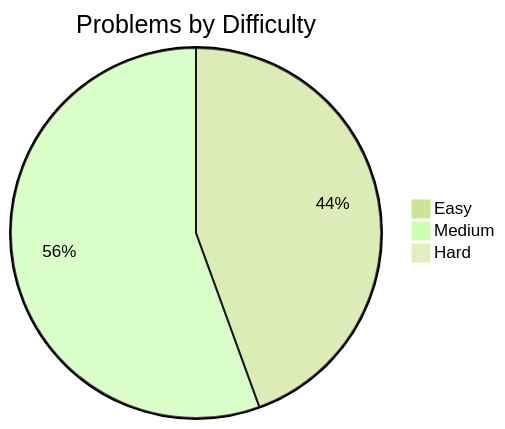
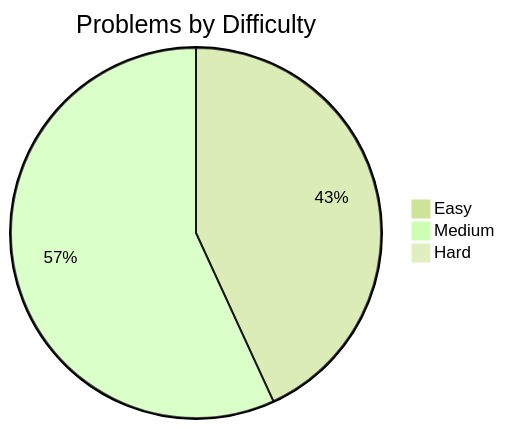
One commit to Jasjeet-Singh-S/100-days-DSA changed the first of 2 diagrams in readme.md. Above: the diagram before and after it, drawn with Mermaid (forest theme). The commit also changed other lines of this file and 3 other files, not shown here.

````diff
--- a/readme.md
+++ b/readme.md
@@ -19,6 +19,6 @@
 ```mermaid
 pie title Problems by Difficulty
     "Easy" : 44
-    "Medium" : 55
+    "Medium" : 58
     "Hard" : 0
 ```
````
